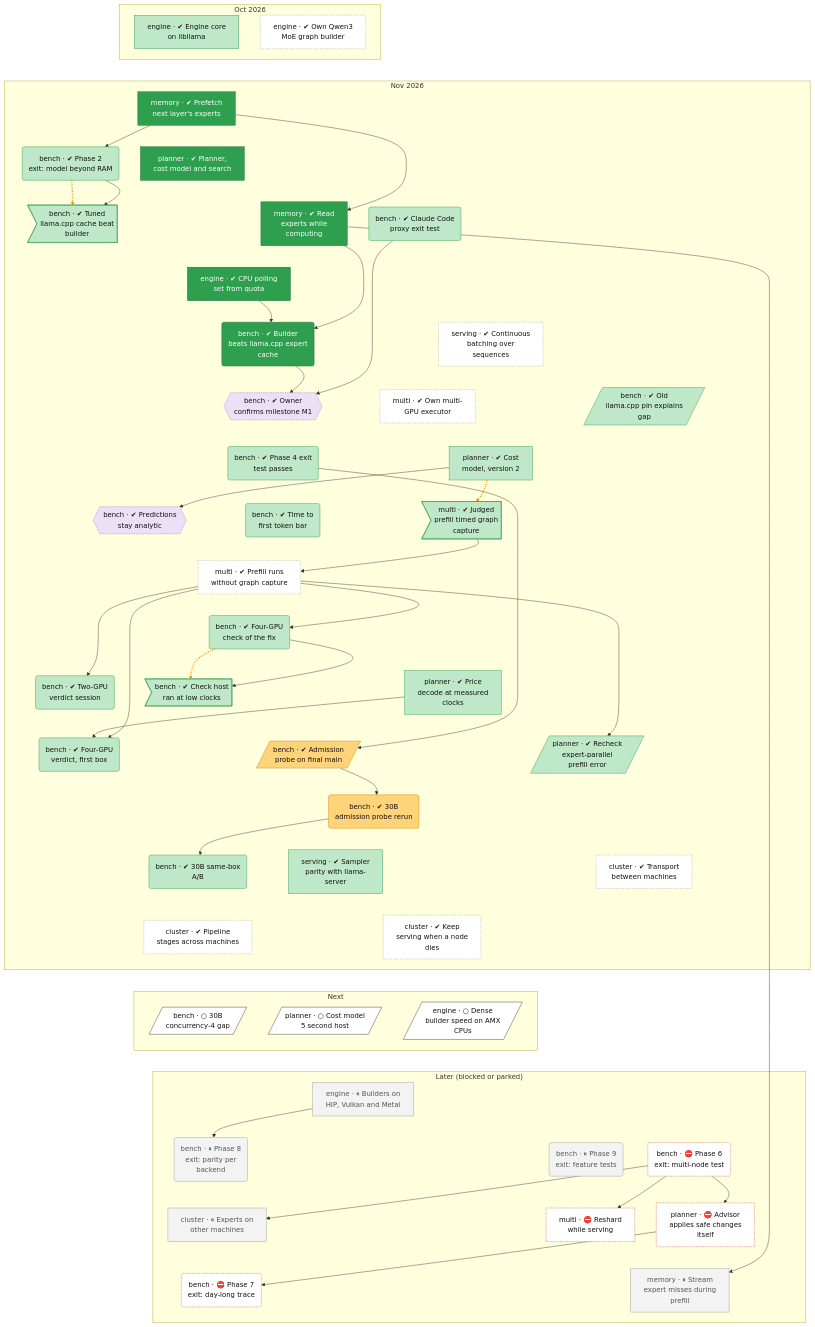
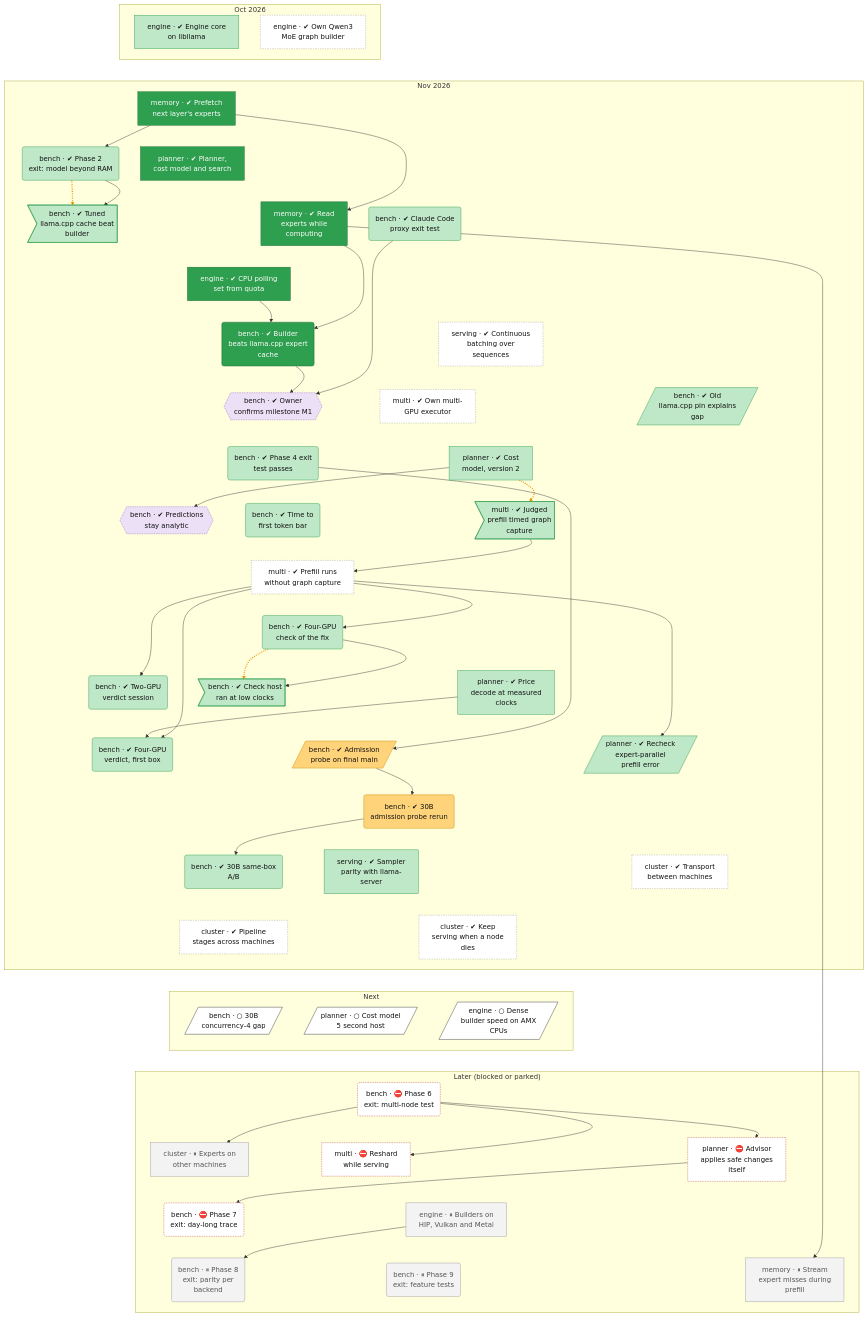
One commit to lhns/tetraeder changed the second of 2 diagrams in docs/roadmap.md. Above: the diagram before and after it, drawn with Mermaid. The commit also changed other lines of this file and 75 other files, not shown here.

Commit message:
Phase 6, ADR 0092 confirmation: tree node bench-235b-segment-confirm done (e_pp +0.077, e_tg -0.044, gate held), roadmap rebuilt (not measured)

```diff
--- a/docs/roadmap.md
+++ b/docs/roadmap.md
@@ -144,14 +144,14 @@
         engine_dense_amx[/"engine · ○ Dense<br/>builder speed on AMX<br/>CPUs"/]
     end
     subgraph bd_3["Later (blocked or parked)"]
-        engine_backend_parity["engine · ⏸ Builders on<br/>HIP, Vulkan and Metal"]
-        bench_phase8_exit("bench · ⏸ Phase 8<br/>exit: parity per<br/>backend")
-        bench_phase9_exit("bench · ⏸ Phase 9<br/>exit: feature tests")
         bench_phase6_exit("bench · ⛔ Phase 6<br/>exit: multi-node test")
         cluster_experts_nodes["cluster · ⏸ Experts on<br/>other machines"]
         multi_live_reshard["multi · ⛔ Reshard<br/>while serving"]
         planner_advisor_auto["planner · ⛔ Advisor<br/>applies safe changes<br/>itself"]
         bench_phase7_exit("bench · ⛔ Phase 7<br/>exit: day-long trace")
+        engine_backend_parity["engine · ⏸ Builders on<br/>HIP, Vulkan and Metal"]
+        bench_phase8_exit("bench · ⏸ Phase 8<br/>exit: parity per<br/>backend")
+        bench_phase9_exit("bench · ⏸ Phase 9<br/>exit: feature tests")
         memory_prefill_misses["memory · ⏸ Stream<br/>expert misses during<br/>prefill"]
     end
     engine_libllama ~~~ memory_prefetch
@@ -197,18 +197,18 @@
     cluster_pipeline_nodes ~~~ bench_30b_c4_gap
     cluster_failover ~~~ planner_cost_model_v5_host2
     cluster_failover ~~~ engine_dense_amx
-    bench_30b_c4_gap ~~~ engine_backend_parity
-    planner_cost_model_v5_host2 ~~~ engine_backend_parity
-    engine_dense_amx ~~~ engine_backend_parity
-    engine_backend_parity ~~~ bench_phase8_exit
-    engine_backend_parity ~~~ bench_phase9_exit
-    engine_backend_parity ~~~ bench_phase6_exit
-    bench_phase8_exit ~~~ cluster_experts_nodes
-    bench_phase9_exit ~~~ multi_live_reshard
+    bench_30b_c4_gap ~~~ bench_phase6_exit
+    planner_cost_model_v5_host2 ~~~ bench_phase6_exit
+    engine_dense_amx ~~~ bench_phase6_exit
+    bench_phase6_exit ~~~ cluster_experts_nodes
+    bench_phase6_exit ~~~ multi_live_reshard
     bench_phase6_exit ~~~ planner_advisor_auto
     cluster_experts_nodes ~~~ bench_phase7_exit
-    multi_live_reshard ~~~ memory_prefill_misses
-    planner_advisor_auto ~~~ memory_prefill_misses
+    multi_live_reshard ~~~ engine_backend_parity
+    planner_advisor_auto ~~~ engine_backend_parity
+    bench_phase7_exit ~~~ bench_phase8_exit
+    engine_backend_parity ~~~ bench_phase9_exit
+    engine_backend_parity ~~~ memory_prefill_misses
     memory_prefetch --> bench_phase2_exit
     bench_phase2_exit -.-> bench_defect_tuned_cache
     bench_phase2_exit --> bench_defect_tuned_cache
@@ -230,11 +230,11 @@
     multi_prefill_no_capture --> planner_ep_prefill_recheck
     bench_d2a_probe --> bench_d2a_30b
     bench_d2a_30b --> bench_ab30b
-    engine_backend_parity --> bench_phase8_exit
     bench_phase6_exit --> cluster_experts_nodes
     bench_phase6_exit --> multi_live_reshard
     bench_phase6_exit --> planner_advisor_auto
     planner_advisor_auto --> bench_phase7_exit
+    engine_backend_parity --> bench_phase8_exit
     memory_io_service --> memory_prefill_misses
     linkStyle 56,63,67 stroke:#e69500,stroke-width:3px,stroke-dasharray:2 3
     classDef vsucc fill:#2e9e4f,stroke:#1b6b34,color:#fff
```
